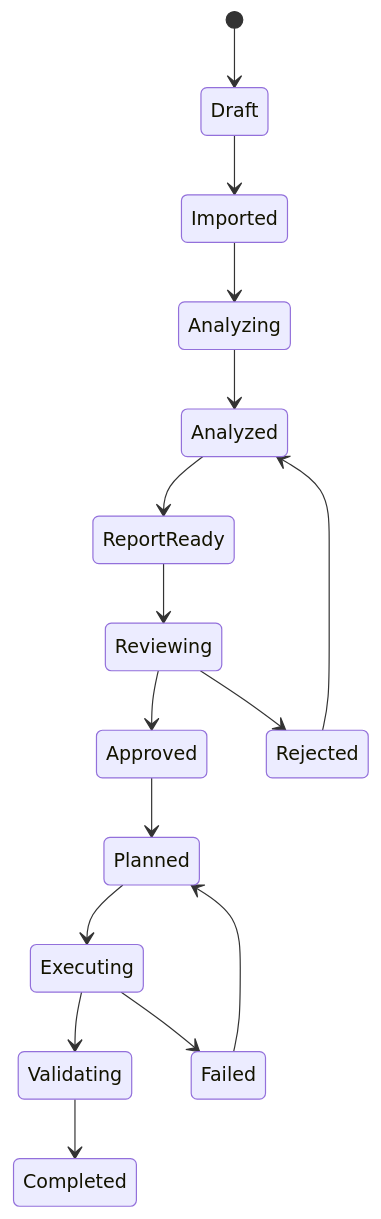
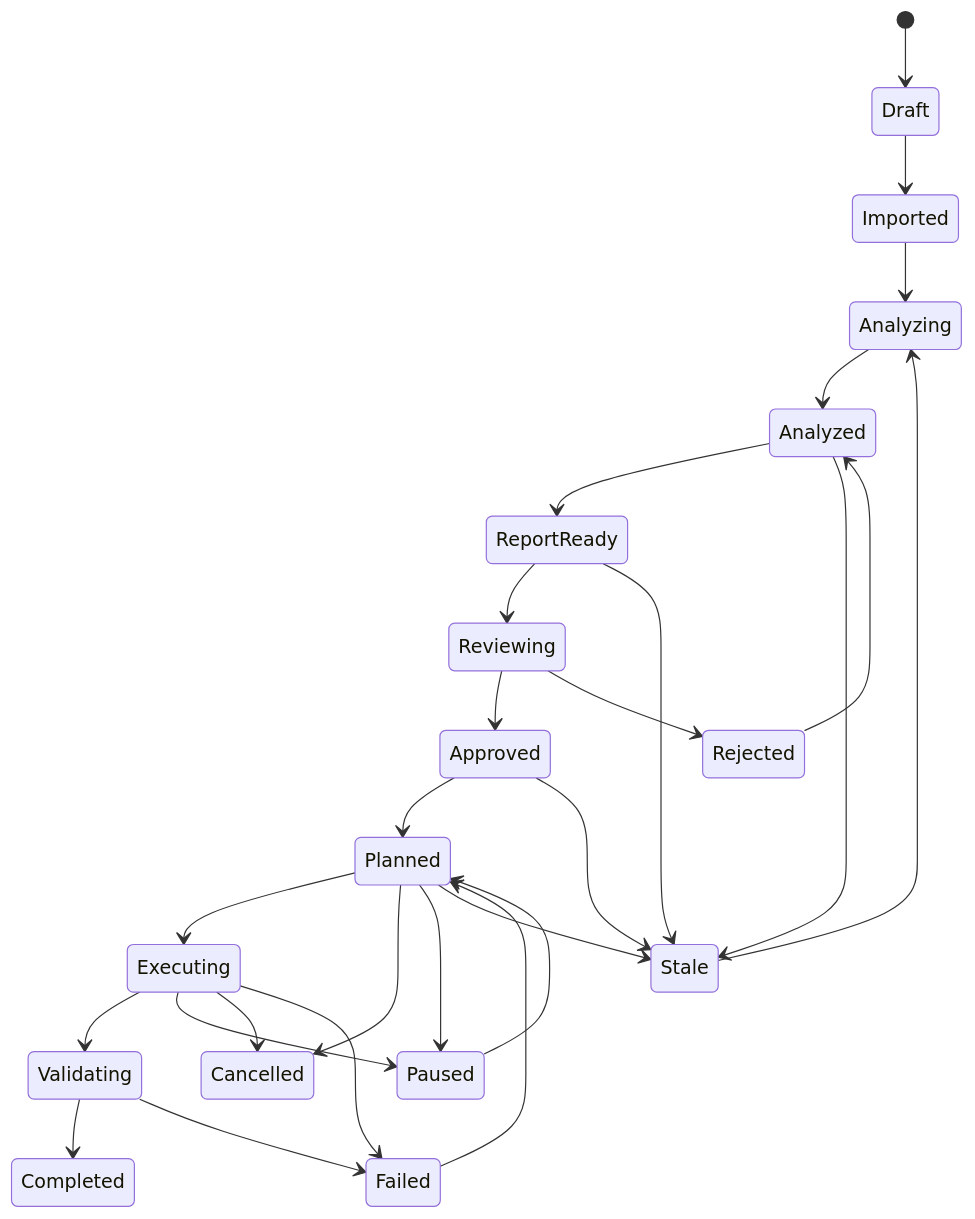
One commit to sainm/SchemaPilot changed the sixth of 11 diagrams in docs/design.md. Above: the diagram before and after it, drawn with Mermaid. The commit also changed other lines of this file and 489 other files, not shown here.

Commit message:
Implement modular SchemaPilot MVP

````diff
--- a/docs/design.md
+++ b/docs/design.md
@@ -243,18 +336,29 @@
 ```mermaid
 stateDiagram-v2
   [*] --> Draft
   Draft --> Imported
   Imported --> Analyzing
   Analyzing --> Analyzed
   Analyzed --> ReportReady
   ReportReady --> Reviewing
   Reviewing --> Approved
   Reviewing --> Rejected
   Rejected --> Analyzed
   Approved --> Planned
   Planned --> Executing
+  Planned --> Cancelled
+  Planned --> Paused
+  Paused --> Planned
   Executing --> Validating
+  Executing --> Paused
+  Executing --> Cancelled
   Validating --> Completed
+  Validating --> Failed
   Executing --> Failed
   Failed --> Planned
+  Analyzed --> Stale
+  ReportReady --> Stale
+  Approved --> Stale
+  Planned --> Stale
+  Stale --> Analyzing
 ```
````
